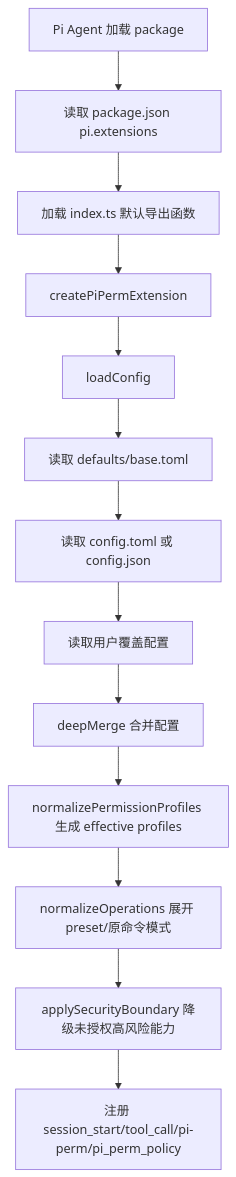
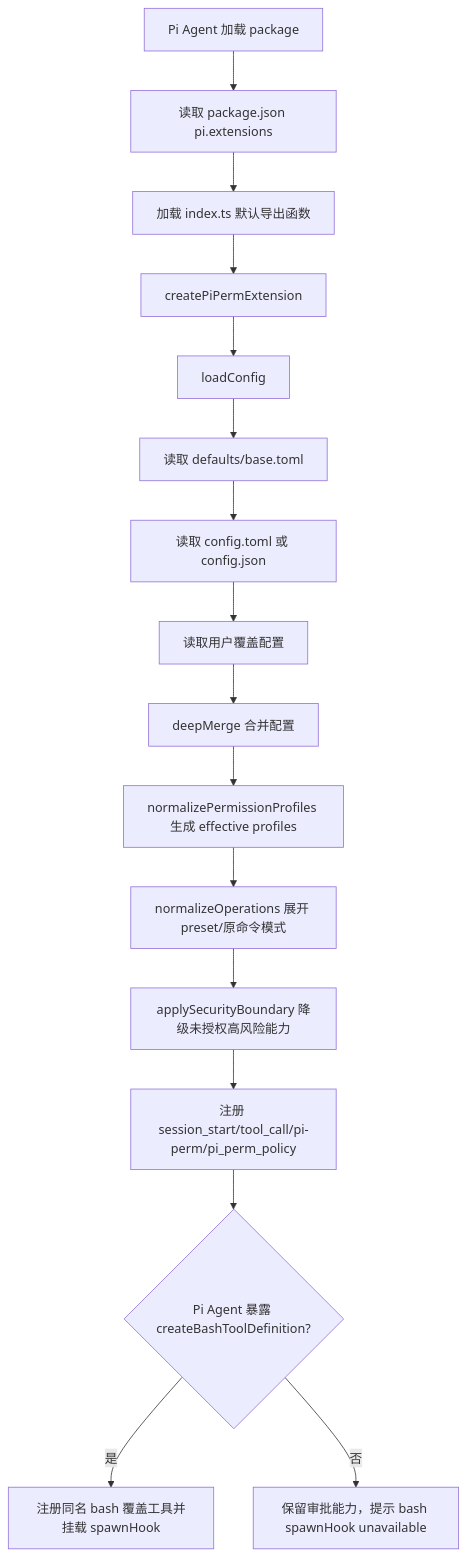
One commit to DCRcoder/pi-perm changed the first of 3 diagrams in doc/PiPerm实现文档.md. Above: the diagram before and after it, drawn with Mermaid. The commit also changed other lines of this file and 6 other files, not shown here.

````diff
--- a/doc/PiPerm实现文档.md
+++ b/doc/PiPerm实现文档.md
@@ -138,15 +140,18 @@
 ```mermaid
 flowchart TD
   A[Pi Agent 加载 package] --> B[读取 package.json pi.extensions]
   B --> C[加载 index.ts 默认导出函数]
   C --> D[createPiPermExtension]
   D --> E[loadConfig]
   E --> F[读取 defaults/base.toml]
   F --> G[读取 config.toml 或 config.json]
   G --> H[读取用户覆盖配置]
   H --> I[deepMerge 合并配置]
   I --> J[normalizePermissionProfiles 生成 effective profiles]
   J --> K[normalizeOperations 展开 preset/原命令模式]
   K --> L[applySecurityBoundary 降级未授权高风险能力]
   L --> M[注册 session_start/tool_call/pi-perm/pi_perm_policy]
+  M --> N{Pi Agent 暴露 createBashToolDefinition?}
+  N -->|是| O[注册同名 bash 覆盖工具并挂载 spawnHook]
+  N -->|否| P[保留审批能力，提示 bash spawnHook unavailable]
 ```
````
